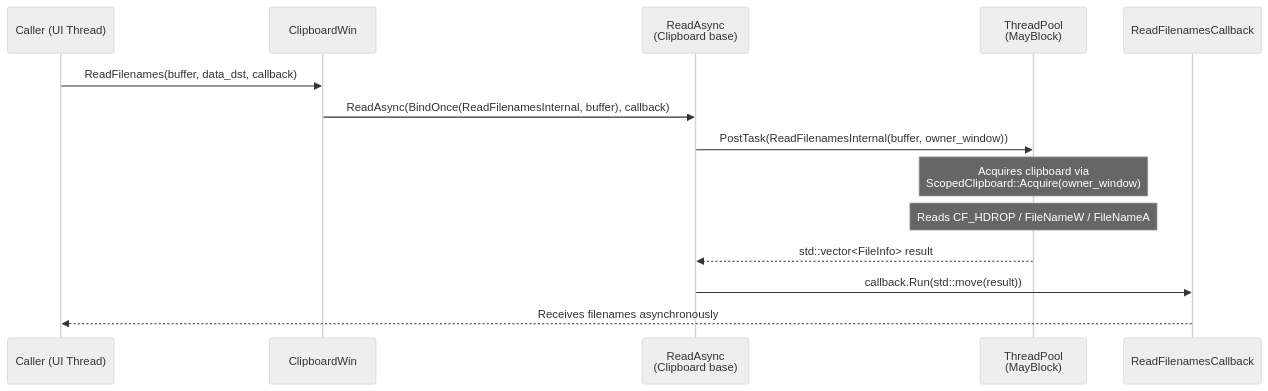
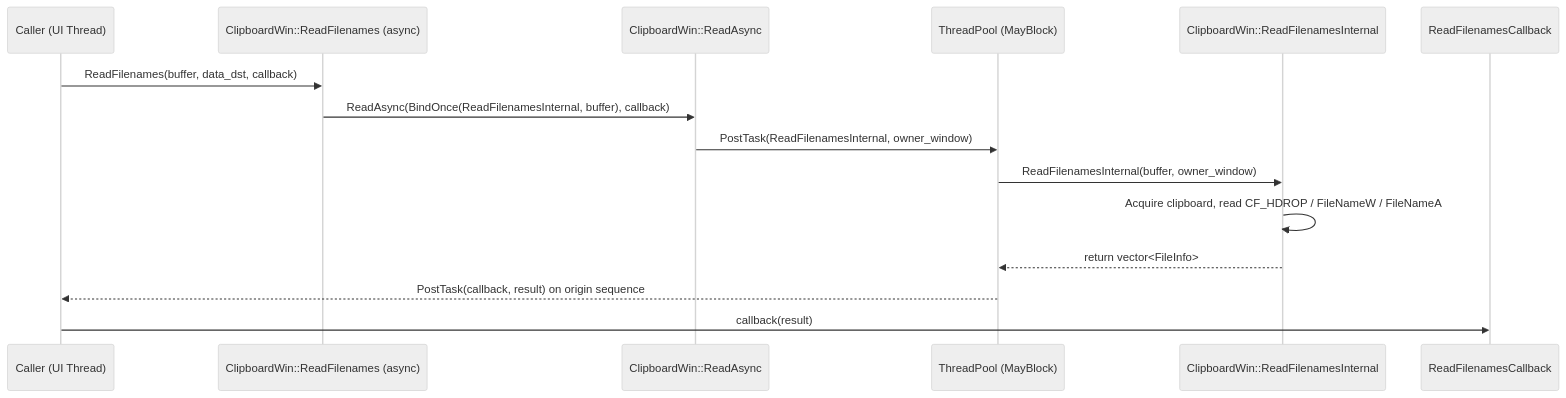
One commit to roraja/cr-llm-docs changed the first of 4 diagrams in fixes/cl-7556734-20260213/lld.md. Above: the diagram before and after it, drawn with Mermaid (neutral theme). The commit also changed other lines of this file, not shown here.

````diff
--- a/fixes/cl-7556734-20260213/lld.md
+++ b/fixes/cl-7556734-20260213/lld.md
@@ -84,17 +70,18 @@
 ```mermaid
 sequenceDiagram
     participant Caller as Caller (UI Thread)
-    participant CW as ClipboardWin
-    participant RA as ReadAsync<br/>(Clipboard base)
-    participant TP as ThreadPool<br/>(MayBlock)
+    participant CW as ClipboardWin::ReadFilenames (async)
+    participant RA as ClipboardWin::ReadAsync
+    participant TP as ThreadPool (MayBlock)
+    participant RFI as ClipboardWin::ReadFilenamesInternal
     participant CB as ReadFilenamesCallback
 
     Caller->>CW: ReadFilenames(buffer, data_dst, callback)
     CW->>RA: ReadAsync(BindOnce(ReadFilenamesInternal, buffer), callback)
-    RA->>TP: PostTask(ReadFilenamesInternal(buffer, owner_window))
-    Note over TP: Acquires clipboard via<br/>ScopedClipboard::Acquire(owner_window)
-    Note over TP: Reads CF_HDROP / FileNameW / FileNameA
-    TP-->>RA: std::vector<FileInfo> result
-    RA->>CB: callback.Run(std::move(result))
-    CB-->>Caller: Receives filenames asynchronously
+    RA->>TP: PostTask(ReadFilenamesInternal, owner_window)
+    TP->>RFI: ReadFilenamesInternal(buffer, owner_window)
+    RFI->>RFI: Acquire clipboard, read CF_HDROP / FileNameW / FileNameA
+    RFI-->>TP: return vector<FileInfo>
+    TP-->>Caller: PostTask(callback, result) on origin sequence
+    Caller->>CB: callback(result)
 ```
````
